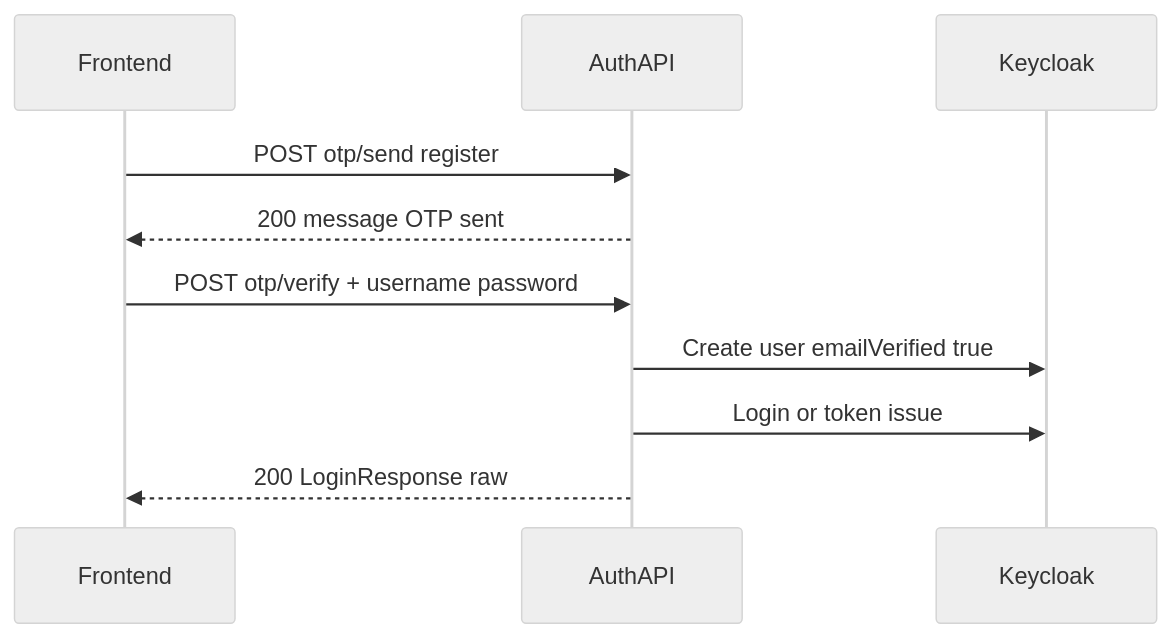
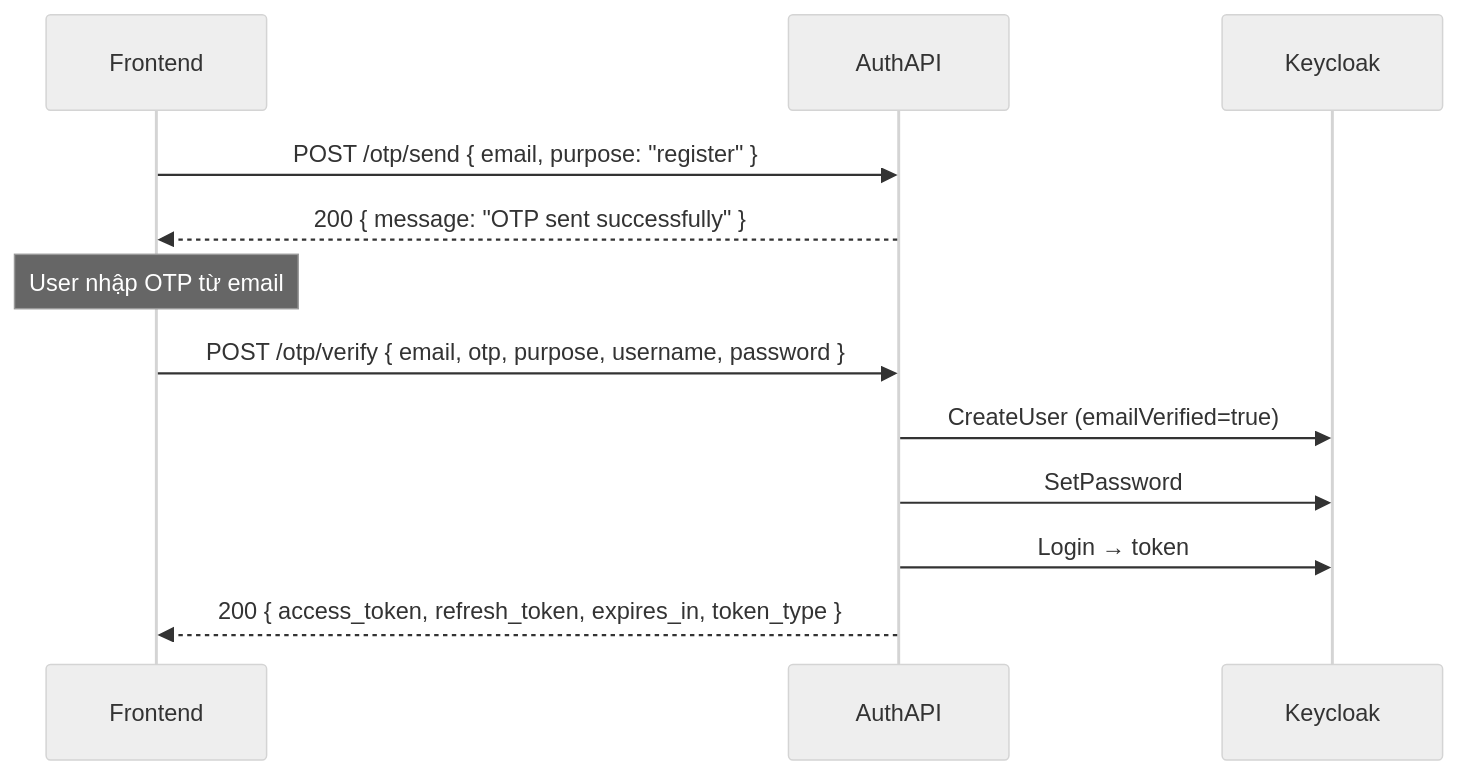
One commit to Modamii/be-modami-auth-service changed the first of 4 diagrams in INTERGRATE.md. Above: the diagram before and after it, drawn with Mermaid (neutral theme). The commit also changed other lines of this file and 1 other file, not shown here.

Commit message:
chore: update API documentation with changelog and enhance response structure for email verification and OTP endpoints

````diff
--- a/INTERGRATE.md
+++ b/INTERGRATE.md
@@ -216,13 +567,15 @@
 ```mermaid
 sequenceDiagram
   participant FE as Frontend
   participant API as AuthAPI
   participant KC as Keycloak
 
-  FE->>API: POST otp/send register
-  API-->>FE: 200 message OTP sent
-  FE->>API: POST otp/verify + username password
-  API->>KC: Create user emailVerified true
-  API->>KC: Login or token issue
-  API-->>FE: 200 LoginResponse raw
+  FE->>API: POST /otp/send { email, purpose: "register" }
+  API-->>FE: 200 { message: "OTP sent successfully" }
+  Note over FE: User nhập OTP từ email
+  FE->>API: POST /otp/verify { email, otp, purpose, username, password }
+  API->>KC: CreateUser (emailVerified=true)
+  API->>KC: SetPassword
+  API->>KC: Login → token
+  API-->>FE: 200 { access_token, refresh_token, expires_in, token_type }
 ```
````
